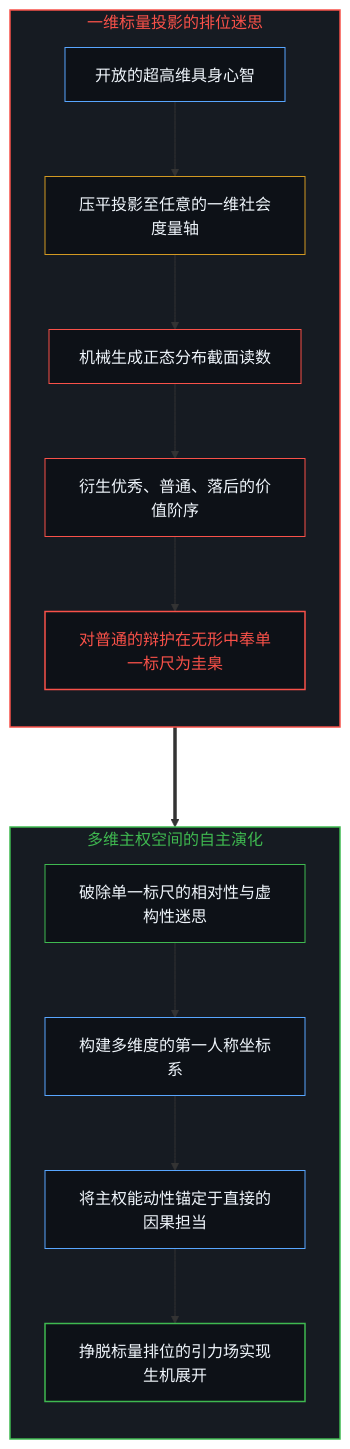
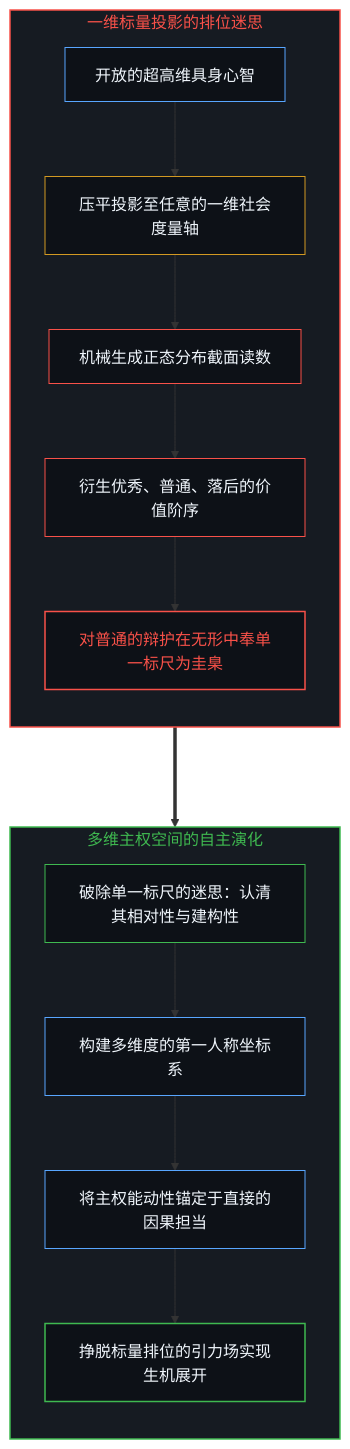
Before and after one commit to powerpig99/not-a-toe: the ninth of 10 diagrams in content/posts/the-explanatory-trap-of-the-ordinary-perspective.md, drawn with Mermaid. The commit also changed other lines of this file and 4 other files, not shown here.

````diff
--- a/content/posts/the-explanatory-trap-of-the-ordinary-perspective.md
+++ b/content/posts/the-explanatory-trap-of-the-ordinary-perspective.md
@@ -285,28 +285,28 @@
 ```mermaid
 flowchart TD
     subgraph S_ScalarTrap ["一维标量投影的排位迷思"]
         direction TB
         P_HighDim["开放的超高维具身心智"] --> P_Project["压平投影至任意的一维社会度量轴"]
         P_Project --> P_Bell["机械生成正态分布截面读数"]
         P_Bell --> P_Rank["衍生优秀、普通、落后的价值阶序"]
         P_Rank --> P_Validate["对普通的辩护在无形中奉单一标尺为圭臬"]
     end
     subgraph S_MultidimSovereign ["多维主权空间的自主演化"]
         direction TB
-        S_Deconstruct["破除单一标尺的相对性与虚构性迷思"] --> S_Orthogonal["构建多维度的第一人称坐标系"]
+        S_Deconstruct["破除单一标尺的迷思：认清其相对性与建构性"] --> S_Orthogonal["构建多维度的第一人称坐标系"]
         S_Orthogonal --> S_Ground["将主权能动性锚定于直接的因果担当"]
         S_Ground --> S_Aliveness["挣脱标量排位的引力场实现生机展开"]
     end
     P_Validate ===> S_Deconstruct
     style S_ScalarTrap fill:#161b22,stroke:#f85149,stroke-width:1.5px,color:#f85149
     style S_MultidimSovereign fill:#161b22,stroke:#3fb950,stroke-width:1.5px,color:#3fb950
     style P_HighDim fill:#0d1117,stroke:#58a6ff,stroke-width:1px,color:#f0f6fc
     style P_Project fill:#0d1117,stroke:#d29922,stroke-width:1px,color:#f0f6fc
     style P_Bell fill:#0d1117,stroke:#f85149,stroke-width:1px,color:#f0f6fc
     style P_Rank fill:#0d1117,stroke:#f85149,stroke-width:1px,color:#f0f6fc
     style P_Validate fill:#0d1117,stroke:#f85149,stroke-width:1.5px,color:#f85149
     style S_Deconstruct fill:#0d1117,stroke:#3fb950,stroke-width:1px,color:#f0f6fc
     style S_Orthogonal fill:#0d1117,stroke:#58a6ff,stroke-width:1px,color:#f0f6fc
     style S_Ground fill:#0d1117,stroke:#58a6ff,stroke-width:1px,color:#f0f6fc
     style S_Aliveness fill:#0d1117,stroke:#3fb950,stroke-width:1.5px,color:#f0f6fc
 ```
````
